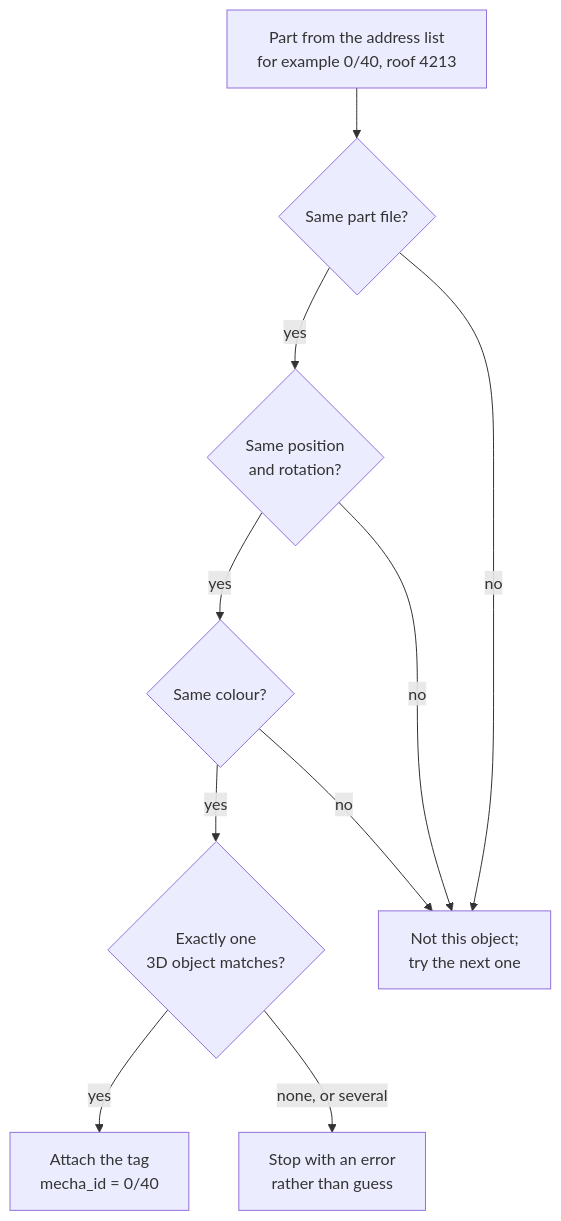
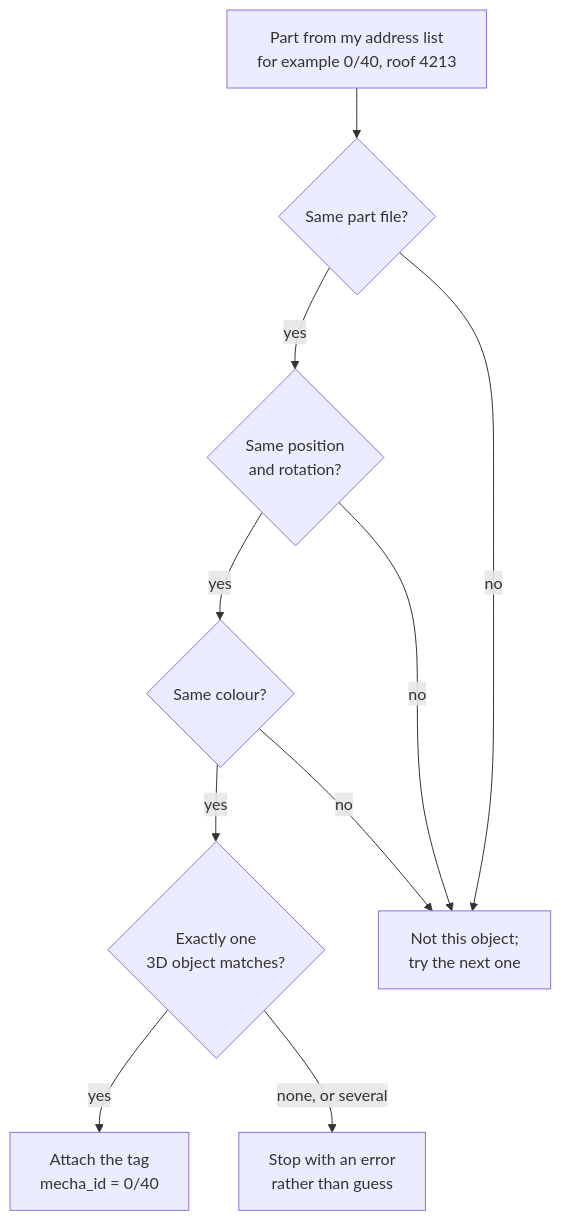
Before and after one commit to anteloc/ldraw-mecha: diagram 14 of 25 in docs/how-it-works.md, drawn with Mermaid. The commit also changed other lines of this file and 1 other file, not shown here.

````diff
--- a/docs/how-it-works.md
+++ b/docs/how-it-works.md
@@ -450,12 +498,12 @@
 ```mermaid
 flowchart TD
-    m["Part from the address list<br/>for example 0/40, roof 4213"] --> q1{"Same part file?"}
+    m["Part from my address list<br/>for example 0/40, roof 4213"] --> q1{"Same part file?"}
     q1 -- yes --> q2{"Same position<br/>and rotation?"}
     q2 -- yes --> q3{"Same colour?"}
     q3 -- yes --> count{"Exactly one<br/>3D object matches?"}
     count -- yes --> tag["Attach the tag<br/>mecha_id = 0/40"]
     count -- "none, or several" --> fail["Stop with an error<br/>rather than guess"]
     q1 -- no --> next["Not this object;<br/>try the next one"]
     q2 -- no --> next
     q3 -- no --> next
 ```
````
